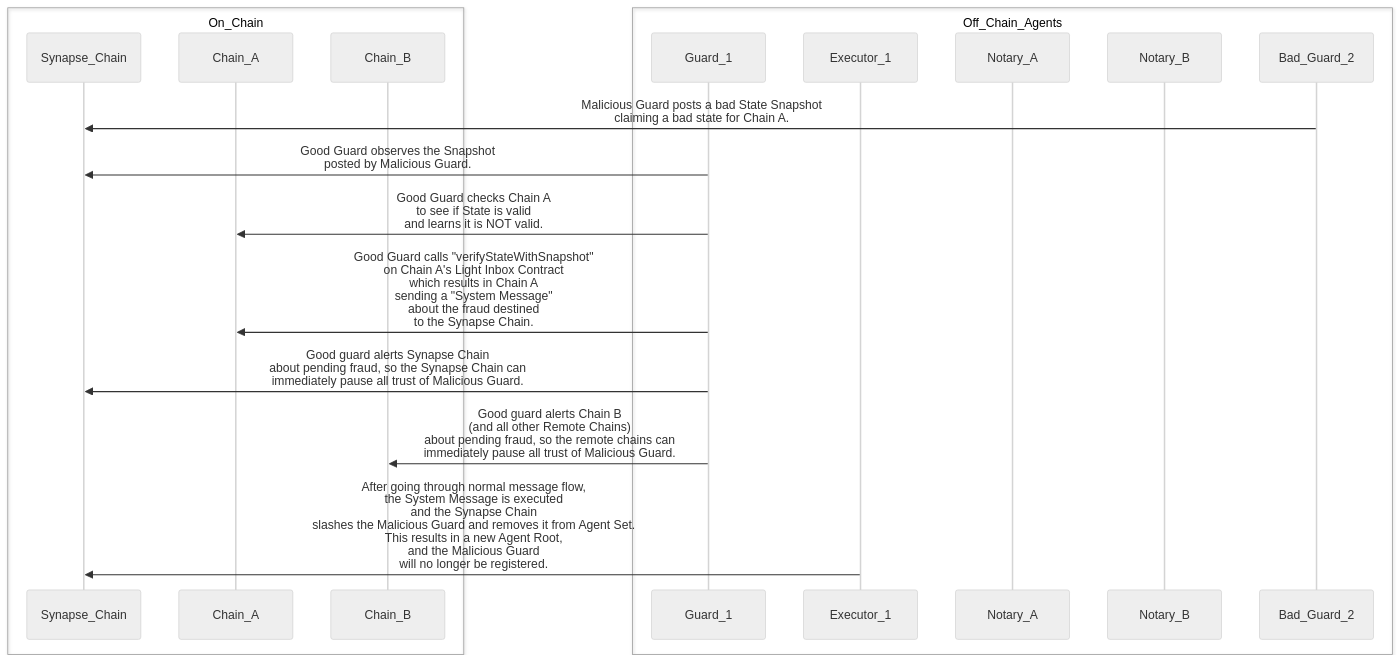
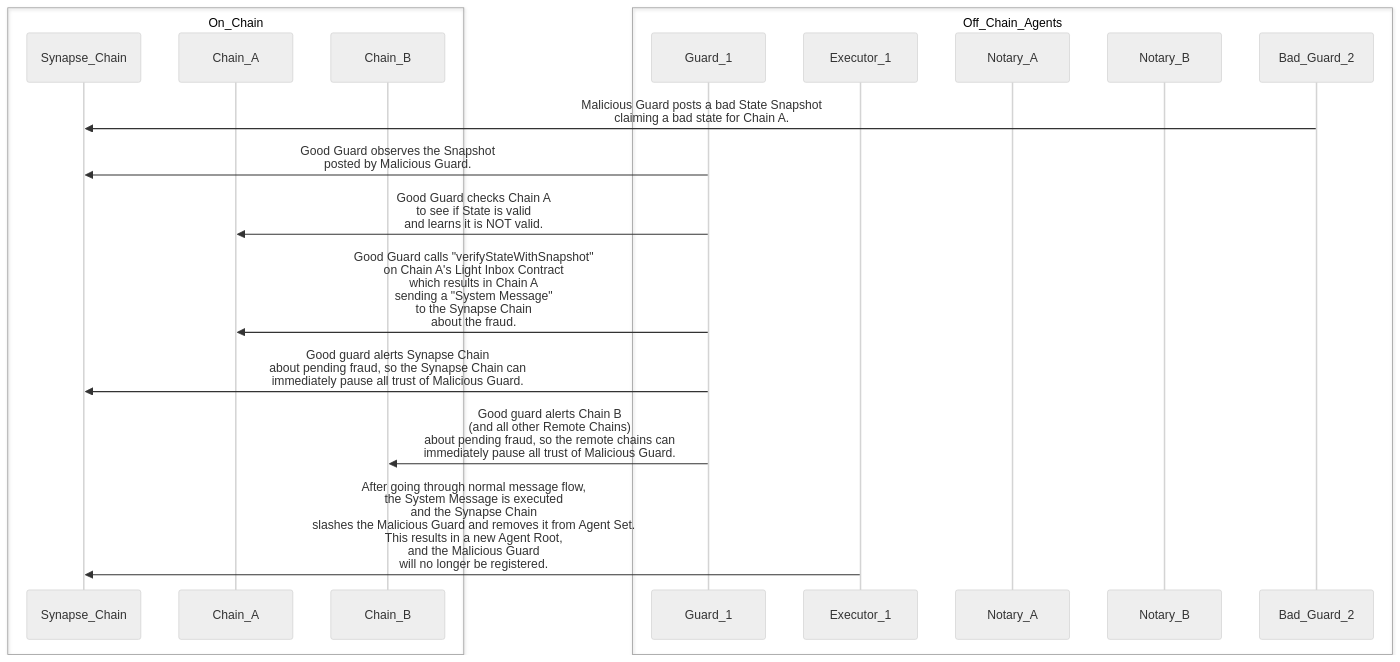
Before and after one commit to synapsecns/sanguine: diagram 11 of 15 in packages/docs/docs/consensus/crosschainmessaging.md, drawn with Mermaid (neutral theme). The commit also changed other lines of this file and 1 other file, not shown here.

````diff
--- a/packages/docs/docs/consensus/crosschainmessaging.md
+++ b/packages/docs/docs/consensus/crosschainmessaging.md
@@ -672,22 +675,22 @@
 ```mermaid
 sequenceDiagram
     box On_Chain
     participant Synapse_Chain
     participant Chain_A
     participant Chain_B
     end
     box Off_Chain_Agents
     participant Guard_1
     participant Executor_1
     participant Notary_A
     participant Notary_B
     participant Bad_Guard_2
     end
     Bad_Guard_2->>Synapse_Chain: Malicious Guard posts a bad State Snapshot<br/> claiming a bad state for Chain A.
     Guard_1->>Synapse_Chain: Good Guard observes the Snapshot<br/> posted by Malicious Guard.
     Guard_1->>Chain_A: Good Guard checks Chain A<br/> to see if State is valid<br/> and learns it is NOT valid.
-    Guard_1->>Chain_A: Good Guard calls "verifyStateWithSnapshot"<br/> on Chain A's Light Inbox Contract<br/> which results in Chain A<br/> sending a "System Message"<br/> about the fraud destined<br/> to the Synapse Chain.
+    Guard_1->>Chain_A: Good Guard calls "verifyStateWithSnapshot"<br/> on Chain A's Light Inbox Contract<br/> which results in Chain A<br/> sending a "System Message"<br/>to the Synapse Chain<br/> about the fraud.
     Guard_1->>Synapse_Chain: Good guard alerts Synapse Chain <br/> about pending fraud, so the Synapse Chain can <br/>immediately pause all trust of Malicious Guard.
     Guard_1->>Chain_B: Good guard alerts Chain B <br/> (and all other Remote Chains)<br/> about pending fraud, so the remote chains can <br/>immediately pause all trust of Malicious Guard.
     Executor_1->>Synapse_Chain: After going through normal message flow,<br/> the System Message is executed <br/> and the Synapse Chain<br/> slashes the Malicious Guard and removes it from Agent Set.<br/>This results in a new Agent Root,<br/> and the Malicious Guard<br/> will no longer be registered.
 ```
````
